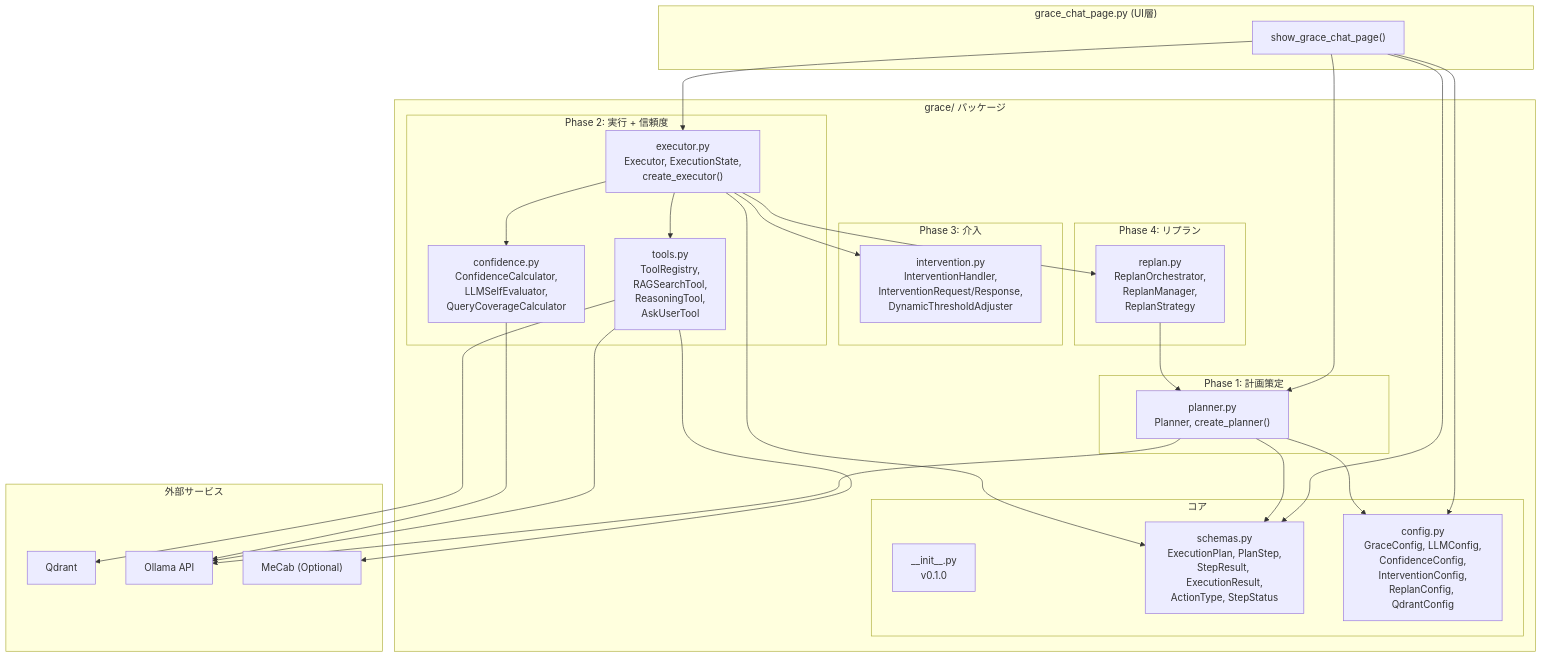
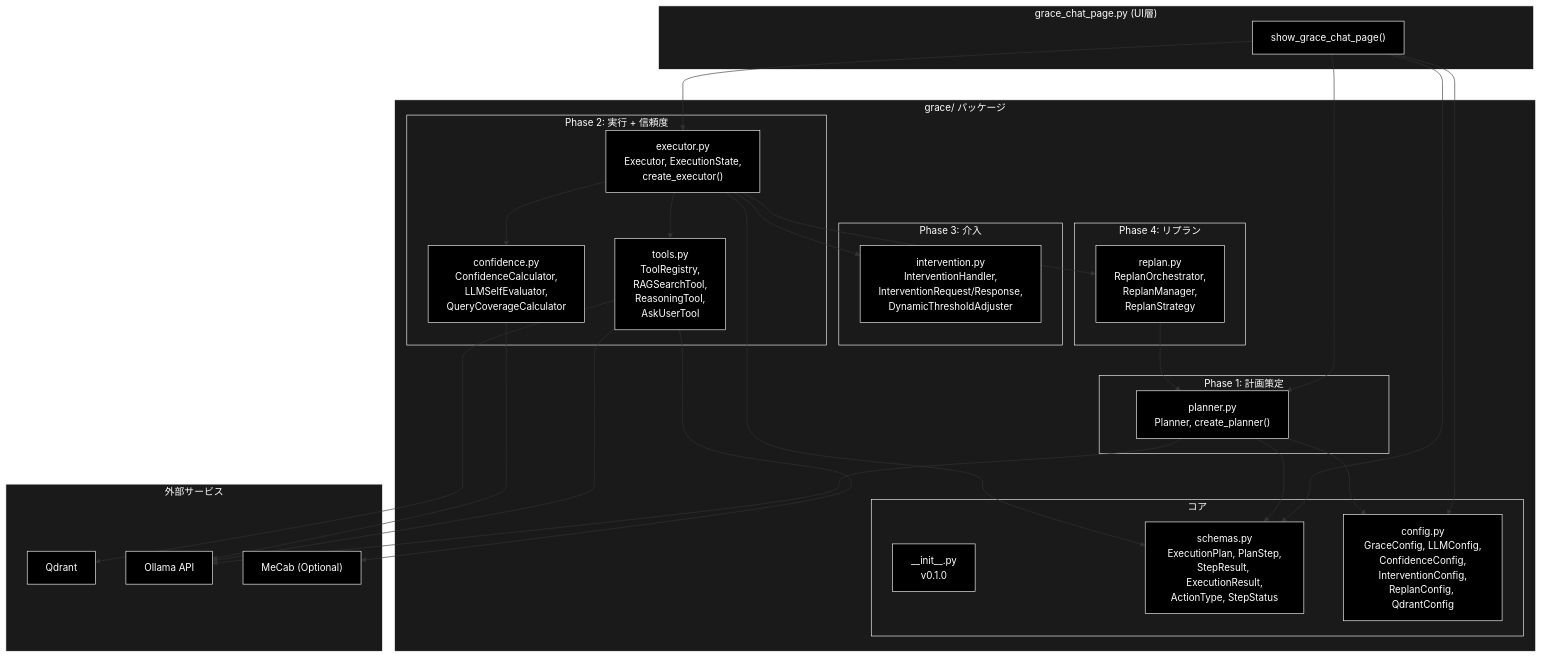
One commit to nakashima2toshio/ollama_grace_agent_v2 changed the ninth of 13 diagrams in README.md. Above: the diagram before and after it, drawn with Mermaid. The commit also changed other lines of this file, not shown here.

First line of the commit message:
docs(README): apply mandatory black-bg Mermaid style + fix grace_chat_page.py refs

````diff
--- a/README.md
+++ b/README.md
@@ -1047,60 +1104,71 @@
 ```mermaid
 flowchart TB
     subgraph UI["grace_chat_page.py (UI層)"]
         Page["show_grace_chat_page()"]
     end
 
     subgraph GracePackage["grace/ パッケージ"]
         subgraph Core["コア"]
             Init["__init__.py<br/>v0.1.0"]
             Schemas["schemas.py<br/>ExecutionPlan, PlanStep,<br/>StepResult, ExecutionResult,<br/>ActionType, StepStatus"]
             Config["config.py<br/>GraceConfig, LLMConfig,<br/>ConfidenceConfig,<br/>InterventionConfig,<br/>ReplanConfig, QdrantConfig"]
         end
 
         subgraph Phase1["Phase 1: 計画策定"]
             PlannerMod["planner.py<br/>Planner, create_planner()"]
         end
 
         subgraph Phase2["Phase 2: 実行 + 信頼度"]
             ExecutorMod["executor.py<br/>Executor, ExecutionState,<br/>create_executor()"]
             ToolsMod["tools.py<br/>ToolRegistry,<br/>RAGSearchTool,<br/>ReasoningTool,<br/>AskUserTool"]
             ConfMod["confidence.py<br/>ConfidenceCalculator,<br/>LLMSelfEvaluator,<br/>QueryCoverageCalculator"]
         end
 
         subgraph Phase3["Phase 3: 介入"]
             IntervMod["intervention.py<br/>InterventionHandler,<br/>InterventionRequest/Response,<br/>DynamicThresholdAdjuster"]
         end
 
         subgraph Phase4["Phase 4: リプラン"]
             ReplanMod["replan.py<br/>ReplanOrchestrator,<br/>ReplanManager,<br/>ReplanStrategy"]
         end
     end
 
     subgraph External["外部サービス"]
         Qdrant["Qdrant"]
         Gemini["Ollama API"]
         MeCab["MeCab (Optional)"]
     end
 
     Page --> PlannerMod
     Page --> ExecutorMod
     Page --> Schemas
     Page --> Config
 
     PlannerMod --> Schemas
     PlannerMod --> Config
     PlannerMod --> Gemini
 
     ExecutorMod --> ToolsMod
     ExecutorMod --> ConfMod
     ExecutorMod --> IntervMod
     ExecutorMod --> ReplanMod
     ExecutorMod --> Schemas
 
     ToolsMod --> Qdrant
     ToolsMod --> Gemini
     ToolsMod --> MeCab
 
     ConfMod --> Gemini
     ReplanMod --> PlannerMod
+classDef default fill:#000,stroke:#fff,color:#fff
+classDef subgraphStyle fill:#1a1a1a,stroke:#fff,color:#fff
+class Page,Init,Schemas,Config,PlannerMod,ExecutorMod,ToolsMod,ConfMod,IntervMod,ReplanMod,Qdrant,Gemini,MeCab default
+style UI fill:#1a1a1a,stroke:#fff,color:#fff
+style GracePackage fill:#1a1a1a,stroke:#fff,color:#fff
+style Core fill:#1a1a1a,stroke:#fff,color:#fff
+style Phase1 fill:#1a1a1a,stroke:#fff,color:#fff
+style Phase2 fill:#1a1a1a,stroke:#fff,color:#fff
+style Phase3 fill:#1a1a1a,stroke:#fff,color:#fff
+style Phase4 fill:#1a1a1a,stroke:#fff,color:#fff
+style External fill:#1a1a1a,stroke:#fff,color:#fff
 ```
````
